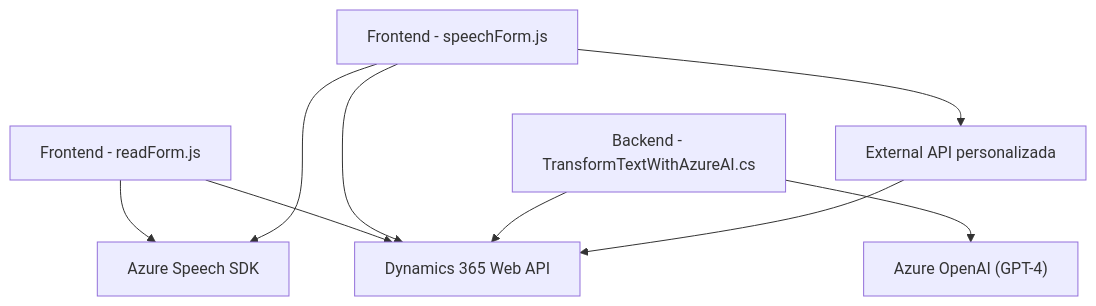
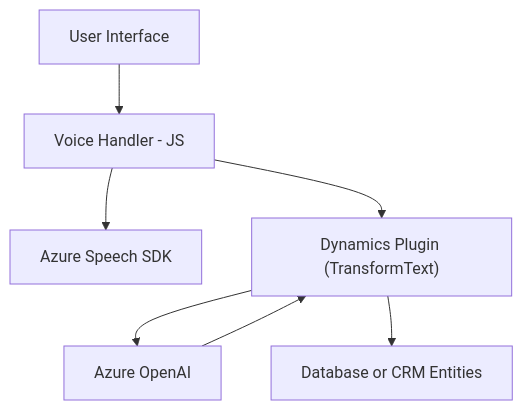
One commit to blopezdm/NETCORE_BILBAO2025 changed the diagram in README.md. Above: the diagram before and after it, drawn with Mermaid. The commit also changed other lines of this file, not shown here.

````diff
--- a/README.md
+++ b/README.md
@@ -35,19 +45,16 @@
 ```mermaid
 graph TD
-    A["Frontend - readForm.js"]
-    B["Frontend - speechForm.js"]
-    C["Backend - TransformTextWithAzureAI.cs"]
-    D["Azure Speech SDK"] 
-    E["Azure OpenAI (GPT-4)"]
-    F["Dynamics 365 Web API"]
-    G["External API personalizada"]
+    A1["User Interface"]
+    A2["Voice Handler - JS"]
+    A3["Azure Speech SDK"]
+    B["Dynamics Plugin (TransformText)"]
+    C["Azure OpenAI"]
+    D["Database or CRM Entities"]
 
-    A-->D
-    A-->F
-    B-->D
-    B-->G
-    B-->F
-    C-->E
-    C-->F
-    G-->F
+    A1 --> A2
+    A2 --> A3
+    A2 --> B
+    B --> C
+    B --> D
+    C --> B
 ```
````
